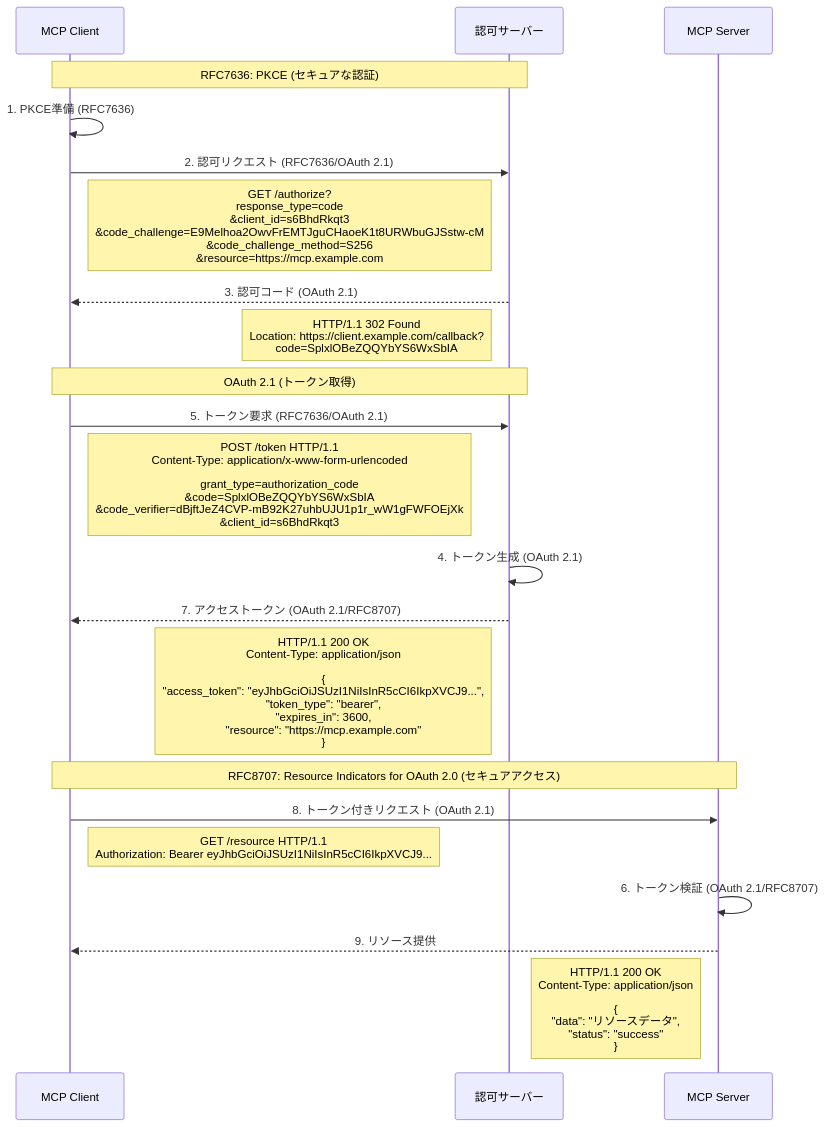
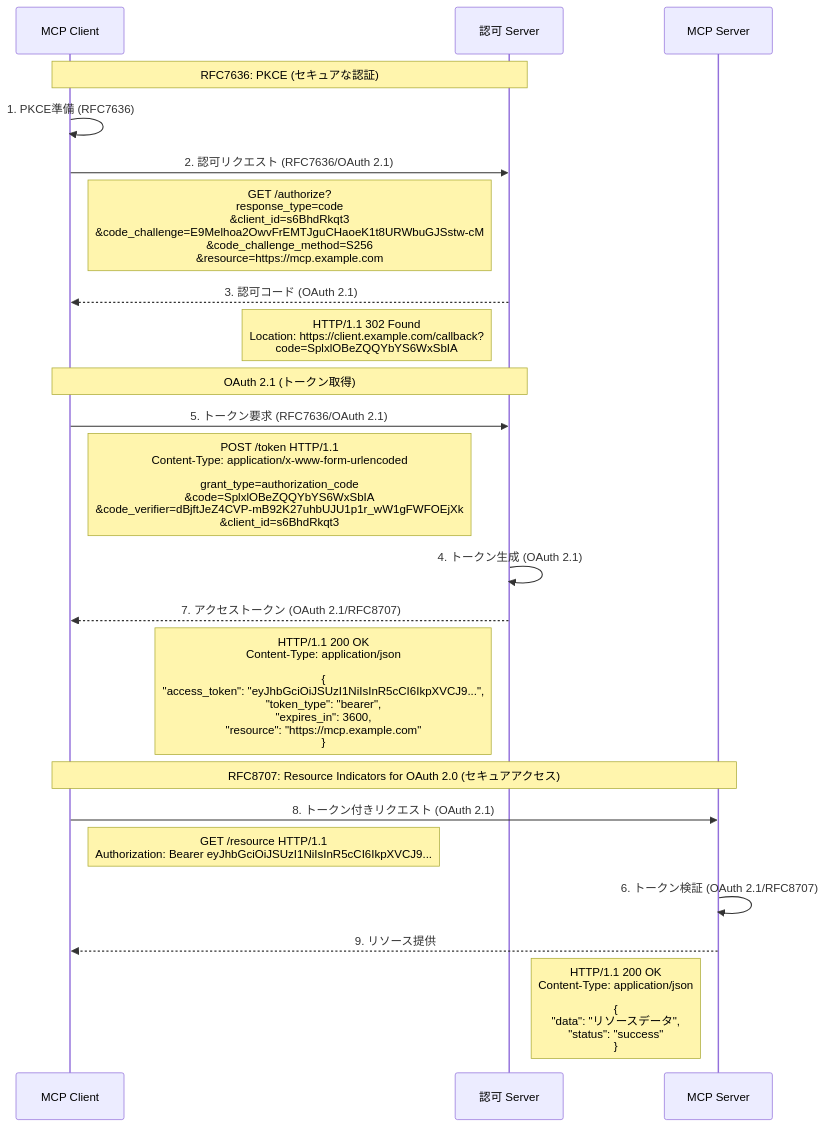
Before and after one commit to littlemex/zenn: the fifth of 6 diagrams in books/security-of-the-mcp/chapter12.md, drawn with Mermaid. The commit also changed other lines of this file, not shown here.

````diff
--- a/books/security-of-the-mcp/chapter12.md
+++ b/books/security-of-the-mcp/chapter12.md
@@ -199,28 +199,28 @@
 ```mermaid
 sequenceDiagram
     participant MCP_Client as MCP Client
-    participant Auth_Server as 認可サーバー
+    participant Auth_Server as 認可 Server
     participant MCP_Server as MCP Server
     
     Note over MCP_Client,Auth_Server: RFC7636: PKCE (セキュアな認証)
     MCP_Client->>MCP_Client: 1. PKCE準備 (RFC7636)
     MCP_Client->>Auth_Server: 2. 認可リクエスト (RFC7636/OAuth 2.1)
     Note right of MCP_Client: GET /authorize?<br>response_type=code<br>&client_id=s6BhdRkqt3<br>&code_challenge=E9Melhoa2OwvFrEMTJguCHaoeK1t8URWbuGJSstw-cM<br>&code_challenge_method=S256<br>&resource=https://mcp.example.com
     Auth_Server-->>MCP_Client: 3. 認可コード (OAuth 2.1)
     Note left of Auth_Server: HTTP/1.1 302 Found<br>Location: https://client.example.com/callback?<br>code=SplxlOBeZQQYbYS6WxSbIA
     
     Note over MCP_Client,Auth_Server: OAuth 2.1 (トークン取得)
     MCP_Client->>Auth_Server: 5. トークン要求 (RFC7636/OAuth 2.1)
     Note right of MCP_Client: POST /token HTTP/1.1<br>Content-Type: application/x-www-form-urlencoded<br><br>grant_type=authorization_code<br>&code=SplxlOBeZQQYbYS6WxSbIA<br>&code_verifier=dBjftJeZ4CVP-mB92K27uhbUJU1p1r_wW1gFWFOEjXk<br>&client_id=s6BhdRkqt3
     Auth_Server->>Auth_Server: 4. トークン生成 (OAuth 2.1)
     Auth_Server-->>MCP_Client: 7. アクセストークン (OAuth 2.1/RFC8707)
     Note left of Auth_Server: HTTP/1.1 200 OK<br>Content-Type: application/json<br><br>{<br>  "access_token": "eyJhbGciOiJSUzI1NiIsInR5cCI6IkpXVCJ9...",<br>  "token_type": "bearer",<br>  "expires_in": 3600,<br>  "resource": "https://mcp.example.com"<br>}
     
     Note over MCP_Client,MCP_Server: RFC8707: Resource Indicators for OAuth 2.0 (セキュアアクセス)
     MCP_Client->>MCP_Server: 8. トークン付きリクエスト (OAuth 2.1)
     Note right of MCP_Client: GET /resource HTTP/1.1<br>Authorization: Bearer eyJhbGciOiJSUzI1NiIsInR5cCI6IkpXVCJ9...
     MCP_Server->>MCP_Server: 6. トークン検証 (OAuth 2.1/RFC8707)
     MCP_Server-->>MCP_Client: 9. リソース提供
     Note left of MCP_Server: HTTP/1.1 200 OK<br>Content-Type: application/json<br><br>{<br>  "data": "リソースデータ",<br>  "status": "success"<br>}
 
 ```
````
